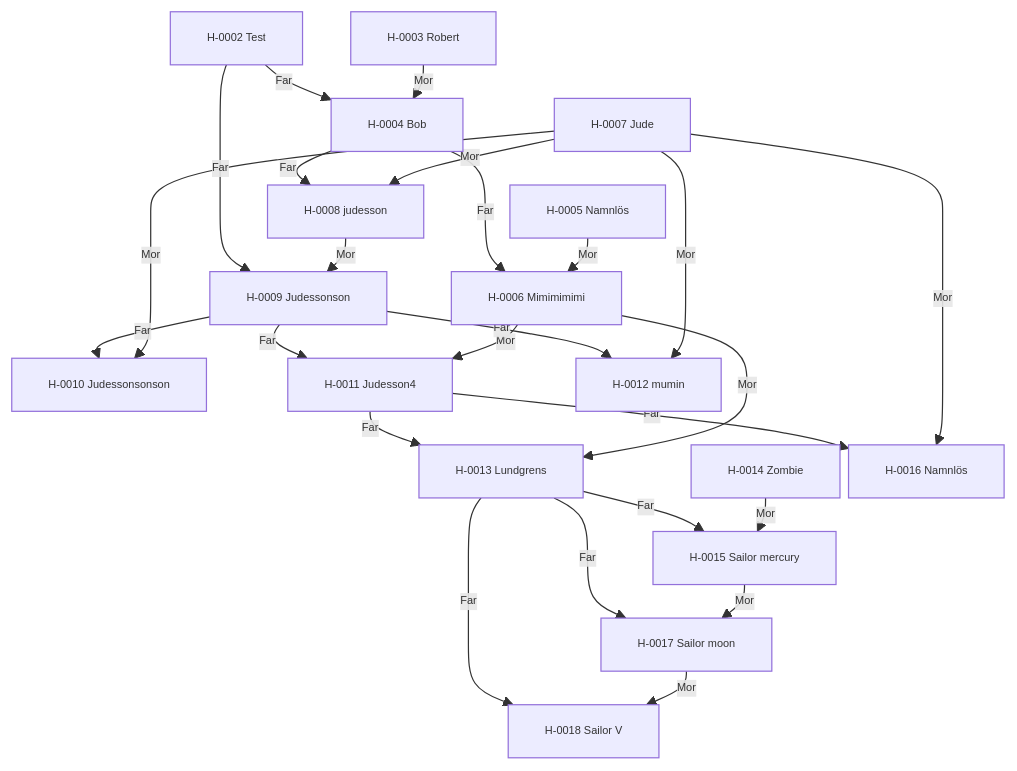
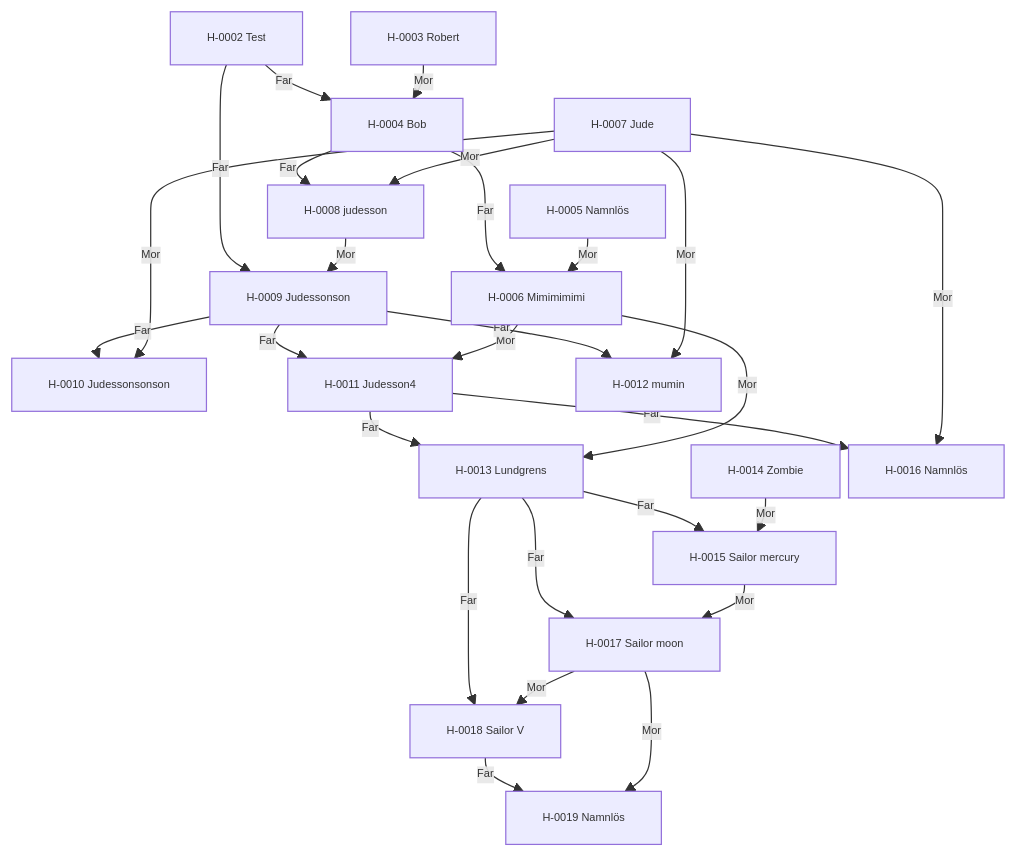
The diagram in content/02. Register/02.3 Stamtavlor/Stamtavla H-0002.md (awoltmp/horse-registry), drawn with Mermaid before and after one commit. The commit also changed other lines of this file and 50 other files, not shown here.

````diff
--- a/content/02. Register/02.3 Stamtavlor/Stamtavla H-0002.md
+++ b/content/02. Register/02.3 Stamtavlor/Stamtavla H-0002.md
@@ -23,46 +23,49 @@
 ```mermaid
 %%{init: {"flowchart": {"nodeSpacing": 7, "rankSpacing": 14, "curve": "basis", "htmlLabels": true}, "themeVariables": {"fontSize": "9px"}}}%%
 flowchart TB
     h0["H-0002 Test"]
     h1["H-0003 Robert"]
     h2["H-0004 Bob"]
     h3["H-0005 Namnlös"]
     h4["H-0006 Mimimimimi"]
     h5["H-0007 Jude"]
     h6["H-0008 judesson"]
     h7["H-0009 Judessonson"]
     h8["H-0010 Judessonsonson"]
     h9["H-0011 Judesson4"]
     h10["H-0012 mumin"]
     h11["H-0013 Lundgrens"]
     h12["H-0014 Zombie"]
     h13["H-0015 Sailor mercury"]
     h14["H-0016 Namnlös"]
     h15["H-0017 Sailor moon"]
     h16["H-0018 Sailor V"]
+    h17["H-0019 Namnlös"]
     h0 -->|Far| h2
     h1 -->|Mor| h2
     h2 -->|Far| h4
     h3 -->|Mor| h4
     h2 -->|Far| h6
     h5 -->|Mor| h6
     h0 -->|Far| h7
     h6 -->|Mor| h7
     h7 -->|Far| h8
     h5 -->|Mor| h8
     h7 -->|Far| h9
     h4 -->|Mor| h9
     h7 -->|Far| h10
     h5 -->|Mor| h10
     h9 -->|Far| h11
     h4 -->|Mor| h11
     h11 -->|Far| h13
     h12 -->|Mor| h13
     h9 -->|Far| h14
     h5 -->|Mor| h14
     h11 -->|Far| h15
     h13 -->|Mor| h15
     h11 -->|Far| h16
     h15 -->|Mor| h16
-    class h0,h1,h2,h3,h4,h5,h6,h7,h8,h9,h10,h11,h12,h13,h14,h15,h16 internal-link;
+    h16 -->|Far| h17
+    h15 -->|Mor| h17
+    class h0,h1,h2,h3,h4,h5,h6,h7,h8,h9,h10,h11,h12,h13,h14,h15,h16,h17 internal-link;
 ```
````
